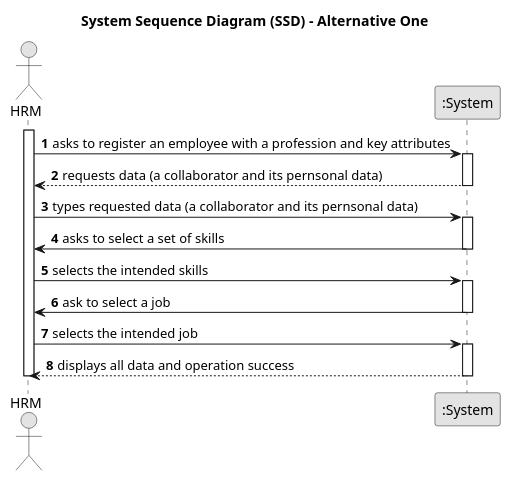
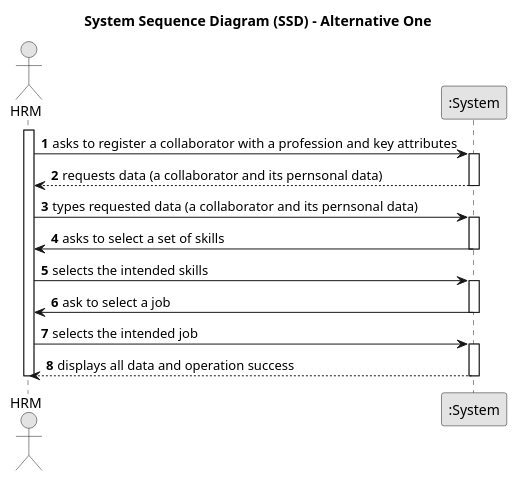
The diagram in docs/sprintB/us003/01.requirements-engineering/puml/us003-system-sequence-diagram-alternative-one.puml (Departamento-de-Engenharia-Informatica/lei-24-s2-1df-1de-g063), drawn with PlantUML before and after one commit. The commit also changed 21 other files, not shown here.

```diff
--- a/docs/sprintB/us003/01.requirements-engineering/puml/us003-system-sequence-diagram-alternative-one.puml
+++ b/docs/sprintB/us003/01.requirements-engineering/puml/us003-system-sequence-diagram-alternative-one.puml
@@ -1,27 +1,27 @@
 @startuml
 skinparam monochrome true
 skinparam packageStyle rectangle
 skinparam shadowing false
 title System Sequence Diagram (SSD) - Alternative One
 autonumber
 actor "HRM" as HRM
 participant ":System" as System
 activate HRM
-    HRM -> System : asks to register an employee with a profession and key attributes
+    HRM -> System : asks to register a collaborator with a profession and key attributes
     activate System
         System --> HRM : requests data (a collaborator and its pernsonal data)
         deactivate System
     HRM -> System : types requested data (a collaborator and its pernsonal data)
     activate System
         System -> HRM : asks to select a set of skills
         deactivate System
     HRM -> System : selects the intended skills
     activate System
     System -> HRM : ask to select a job
        deactivate System
     HRM -> System : selects the intended job
     activate System
            System --> HRM : displays all data and operation success
            deactivate System
 deactivate HRM
 @enduml
```
